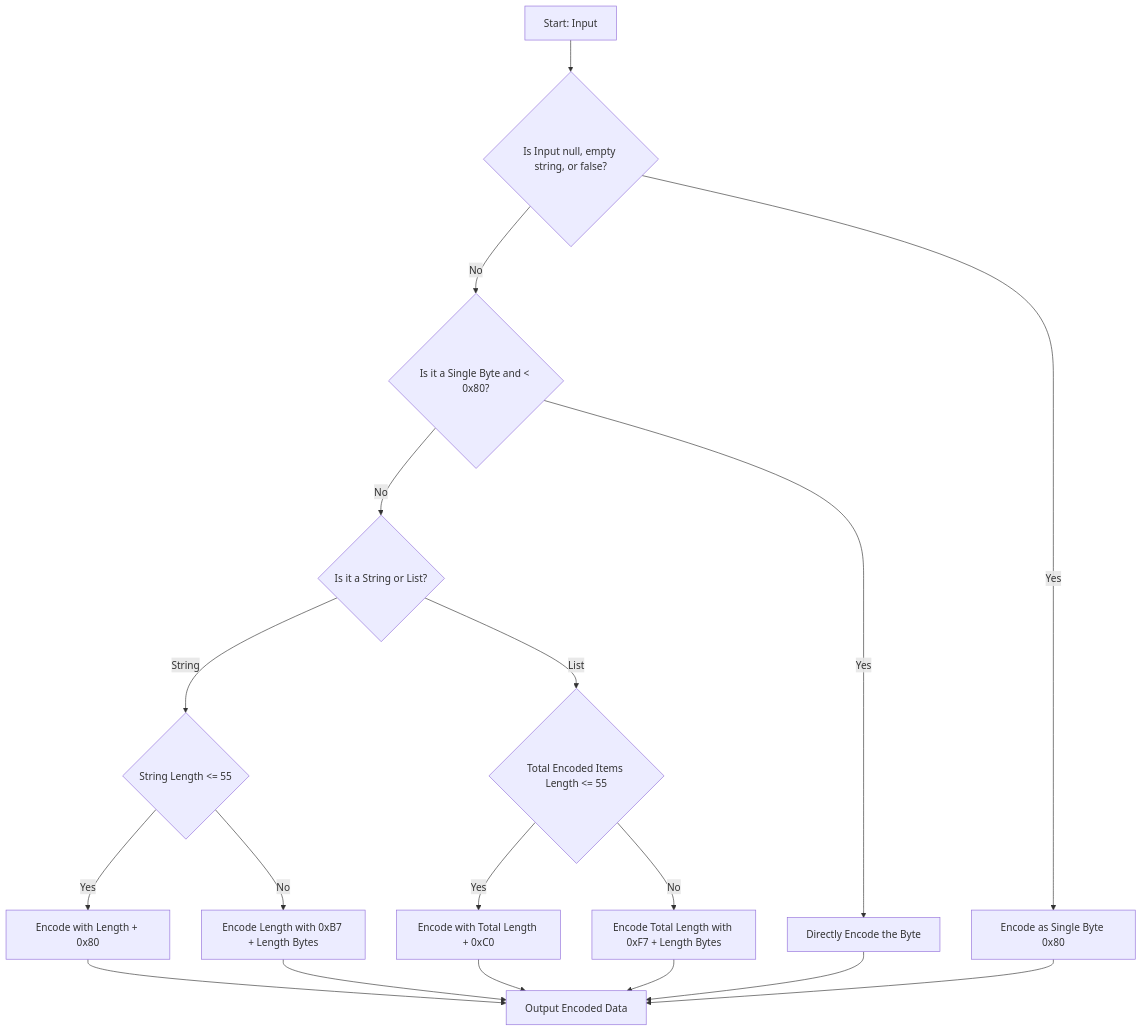
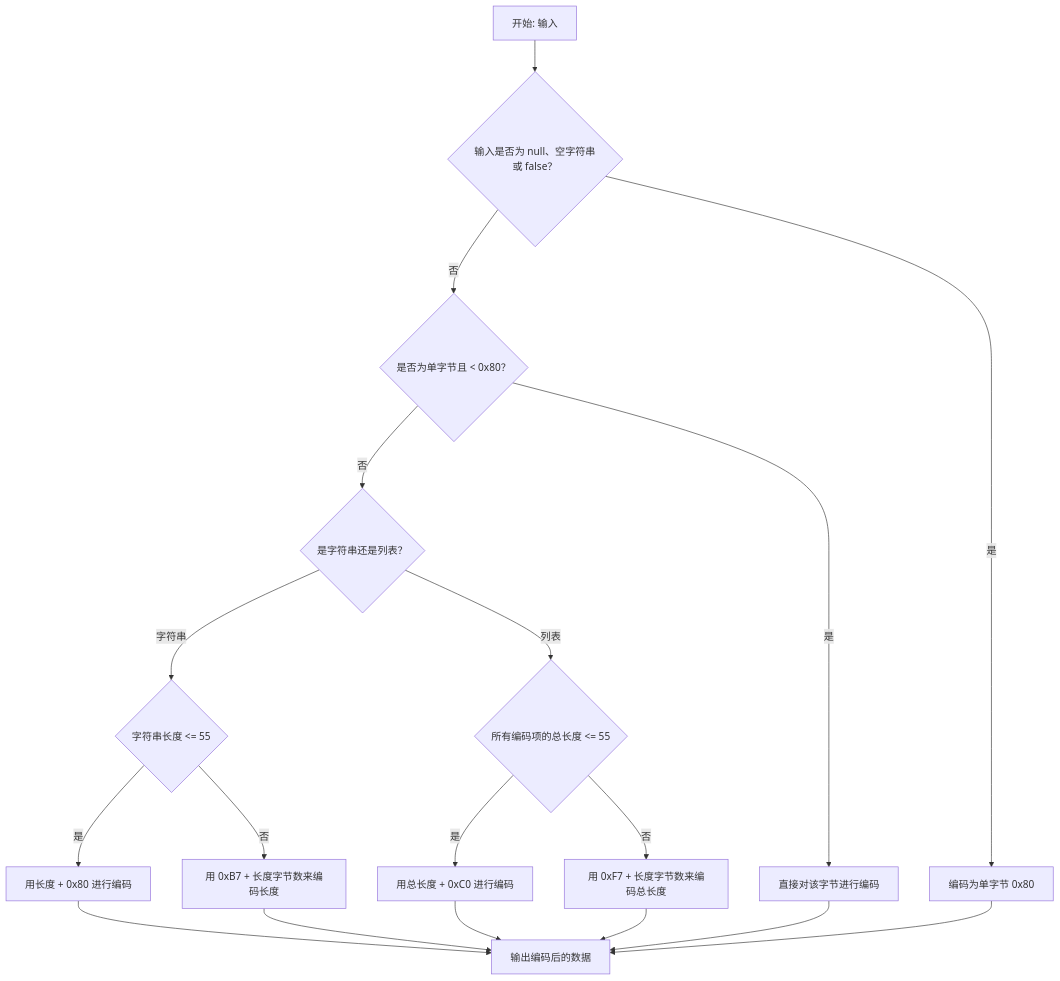
One commit to Carl040814/knowledge-base changed the first of 2 diagrams in epf/EL/RLP.md. Above: the diagram before and after it, drawn with Mermaid. The commit also changed other lines of this file and 74 other files, not shown here.

````diff
--- a/epf/EL/RLP.md
+++ b/epf/EL/RLP.md
@@ -19,20 +19,20 @@
 ```mermaid
 flowchart TD
-    A[Start: Input] --> B{Is Input null, empty string, or false?}
-    B -->|Yes| C[Encode as Single Byte 0x80]
-    B -->|No| D{Is it a Single Byte and < 0x80?}
-    D -->|Yes| E[Directly Encode the Byte]
-    D -->|No| F{Is it a String or List?}
-    F -->|String| G{String Length <= 55}
-    G -->|Yes| H[Encode with Length + 0x80]
-    G -->|No| I[Encode Length with 0xB7 + Length Bytes]
-    F -->|List| J{Total Encoded Items Length <= 55}
-    J -->|Yes| K[Encode with Total Length + 0xC0]
-    J -->|No| L[Encode Total Length with 0xF7 + Length Bytes]
-    H --> M[Output Encoded Data]
+    A[开始: 输入] --> B{输入是否为 null、空字符串或 false？}
+    B -->|是| C[编码为单字节 0x80]
+    B -->|否| D{是否为单字节且 < 0x80？}
+    D -->|是| E[直接对该字节进行编码]
+    D -->|否| F{是字符串还是列表？}
+    F -->|字符串| G{字符串长度 <= 55}
+    G -->|是| H[用长度 + 0x80 进行编码]
+    G -->|否| I[用 0xB7 + 长度字节数来编码长度]
+    F -->|列表| J{所有编码项的总长度 <= 55}
+    J -->|是| K[用总长度 + 0xC0 进行编码]
+    J -->|否| L[用 0xF7 + 长度字节数来编码总长度]
+    H --> M[输出编码后的数据]
     I --> M
     K --> M
     L --> M
     E --> M
     C --> M
 ```
````
